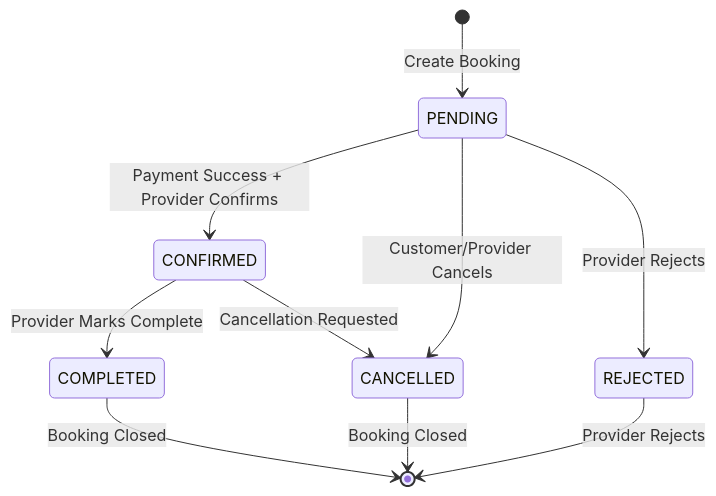
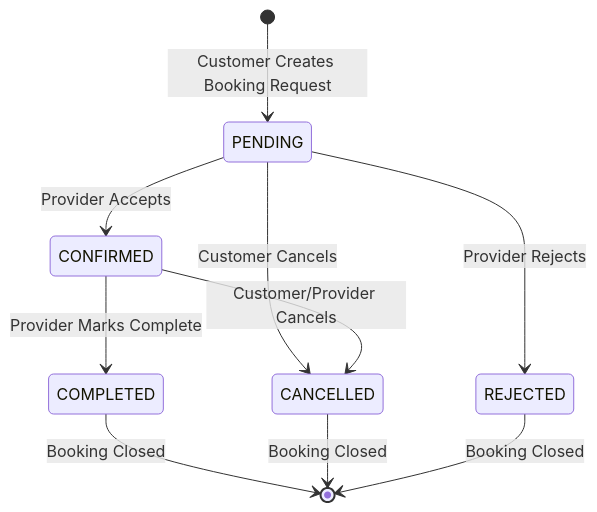
One commit to botvecna47/MH26-Services changed diagram 15 of 18 in docs/UML_DIAGRAMS.md. Above: the diagram before and after it, drawn with Mermaid. The commit also changed other lines of this file, not shown here.

Commit message:
docs: Clean up UML diagrams - remove payment components and update booking flow

````diff
--- a/docs/UML_DIAGRAMS.md
+++ b/docs/UML_DIAGRAMS.md
@@ -678,12 +696,12 @@
 ```mermaid
 stateDiagram-v2
-    [*] --> PENDING: Create Booking
-    PENDING --> CONFIRMED: Payment Success + Provider Confirms
-    PENDING --> CANCELLED: Customer/Provider Cancels
+    [*] --> PENDING: Customer Creates Booking Request
+    PENDING --> CONFIRMED: Provider Accepts
+    PENDING --> REJECTED: Provider Rejects
+    PENDING --> CANCELLED: Customer Cancels
     CONFIRMED --> COMPLETED: Provider Marks Complete
-    CONFIRMED --> CANCELLED: Cancellation Requested
+    CONFIRMED --> CANCELLED: Customer/Provider Cancels
     COMPLETED --> [*]: Booking Closed
     CANCELLED --> [*]: Booking Closed
-    REJECTED --> [*]: Provider Rejects
-    PENDING --> REJECTED: Provider Rejects
+    REJECTED --> [*]: Booking Closed
 ```
````
